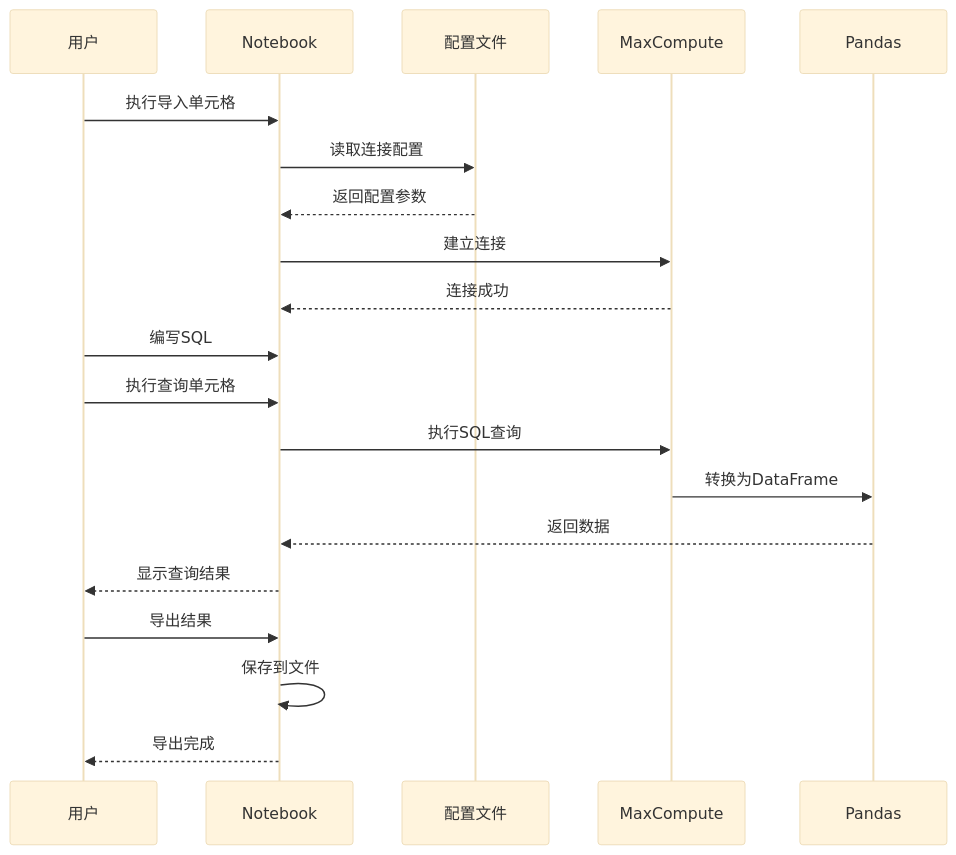
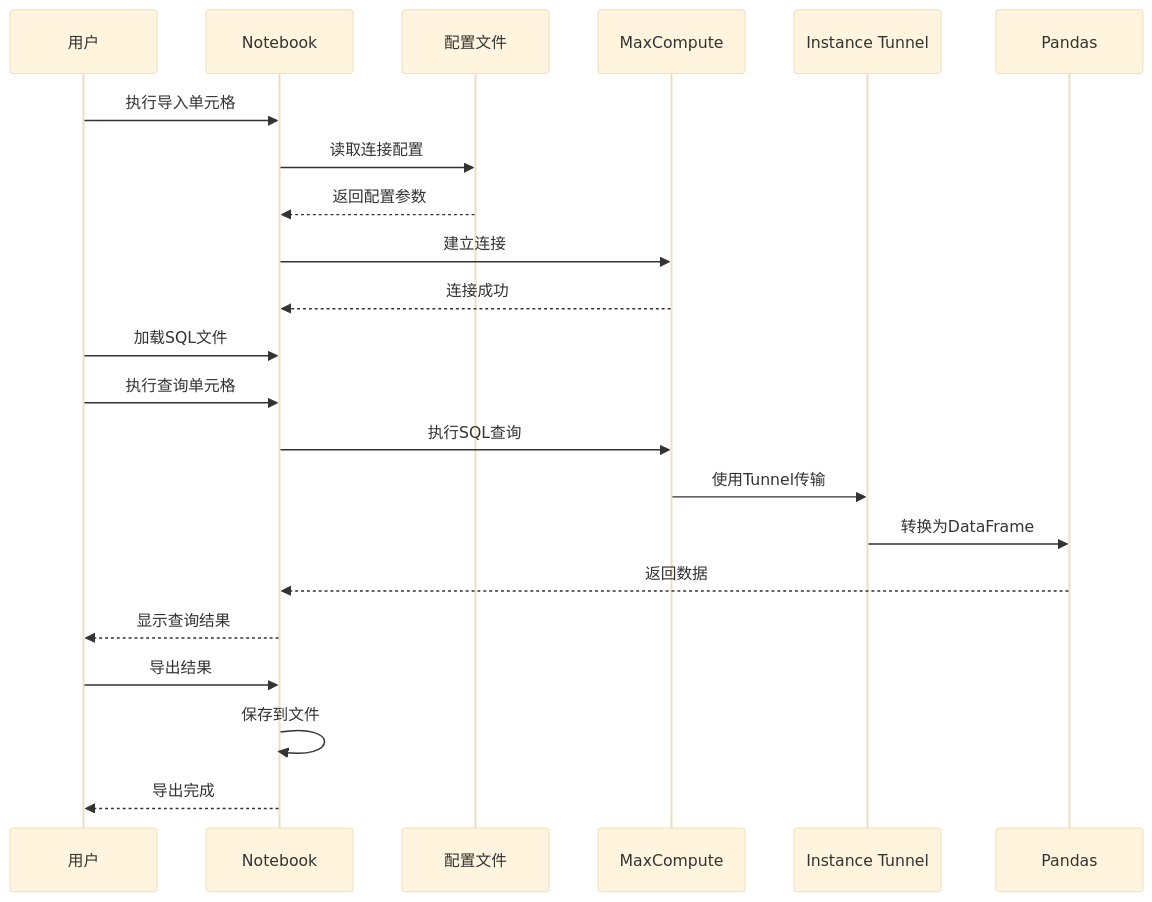
One commit to sd99886/test changed the fifth of 10 diagrams in .qoder/repowiki/zh/content/Notebook使用指南.md. Above: the diagram before and after it, drawn with Mermaid (base theme). The commit also changed other lines of this file and 195 other files, not shown here.

````diff
--- a/.qoder/repowiki/zh/content/Notebook使用指南.md
+++ b/.qoder/repowiki/zh/content/Notebook使用指南.md
@@ -195,22 +238,24 @@
 ```mermaid
 sequenceDiagram
 participant U as 用户
 participant NB as Notebook
 participant CFG as 配置文件
 participant MC as MaxCompute
+participant IT as Instance Tunnel
 participant PD as Pandas
 U->>NB : 执行导入单元格
 NB->>CFG : 读取连接配置
 CFG-->>NB : 返回配置参数
 NB->>MC : 建立连接
 MC-->>NB : 连接成功
-U->>NB : 编写SQL
+U->>NB : 加载SQL文件
 U->>NB : 执行查询单元格
 NB->>MC : 执行SQL查询
-MC->>PD : 转换为DataFrame
+MC->>IT : 使用Tunnel传输
+IT->>PD : 转换为DataFrame
 PD-->>NB : 返回数据
 NB-->>U : 显示查询结果
 U->>NB : 导出结果
 NB->>NB : 保存到文件
 NB-->>U : 导出完成
 ```
````
